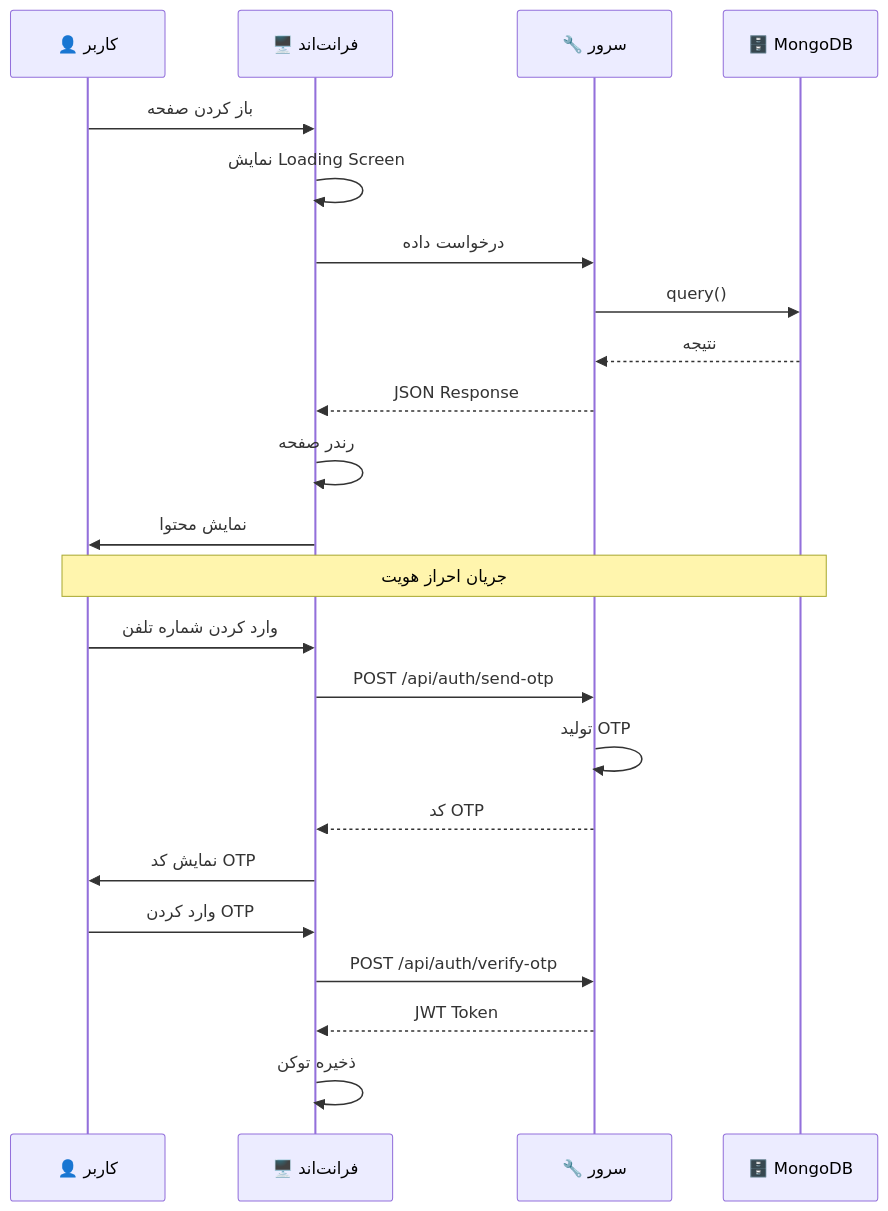
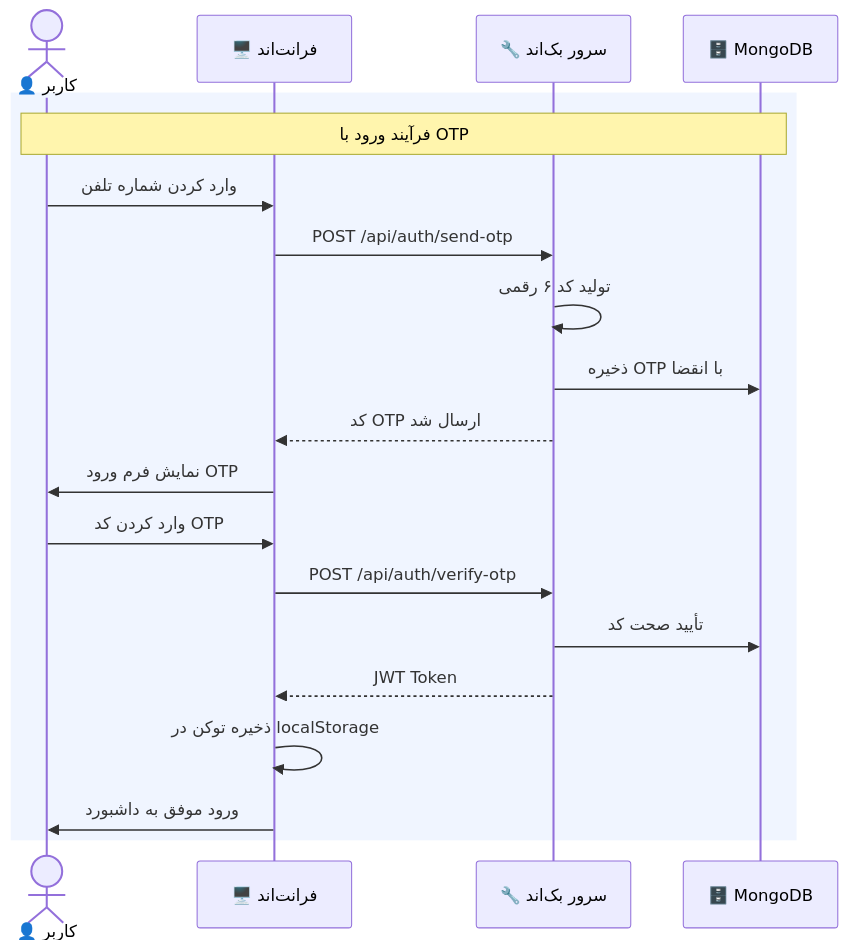
One commit to emadch82/MAHFEL changed the second of 10 diagrams in README.md. Above: the diagram before and after it, drawn with Mermaid. The commit also changed other lines of this file, not shown here.

````diff
--- a/README.md
+++ b/README.md
@@ -125,27 +145,23 @@
 ```mermaid
 sequenceDiagram
-    participant U as 👤 کاربر
+    actor U as 👤 کاربر
     participant F as 🖥️ فرانت‌اند
-    participant S as 🔧 سرور
+    participant S as 🔧 سرور بک‌اند
     participant DB as 🗄️ MongoDB
 
-    U->>F: باز کردن صفحه
-    F->>F: نمایش Loading Screen
-    F->>S: درخواست داده
-    S->>DB: query()
-    DB-->>S: نتیجه
-    S-->>F: JSON Response
-    F->>F: رندر صفحه
-    F->>U: نمایش محتوا
-
-    Note over U,DB: جریان احراز هویت
+    rect rgb(240, 245, 255)
+    Note over U,DB: فرآیند ورود با OTP
     U->>F: وارد کردن شماره تلفن
     F->>S: POST /api/auth/send-otp
-    S->>S: تولید OTP
-    S-->>F: کد OTP
-    F->>U: نمایش کد OTP
-    U->>F: وارد کردن OTP
+    S->>S: تولید کد ۶ رقمی
+    S->>DB: ذخیره OTP با انقضا
+    S-->>F: کد OTP ارسال شد
+    F->>U: نمایش فرم ورود OTP
+    U->>F: وارد کردن کد OTP
     F->>S: POST /api/auth/verify-otp
+    S->>DB: تأیید صحت کد
     S-->>F: JWT Token
-    F->>F: ذخیره توکن
+    F->>F: ذخیره توکن در localStorage
+    F->>U: ورود موفق به داشبورد
+    end
 ```
````
